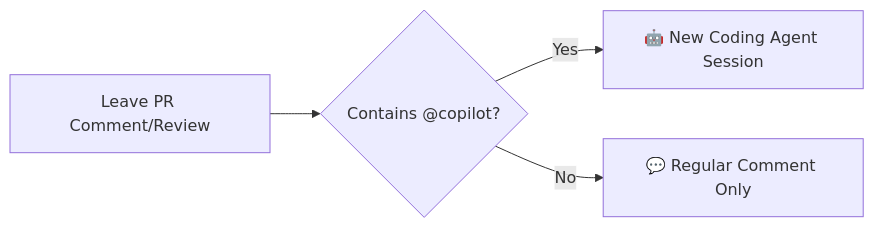
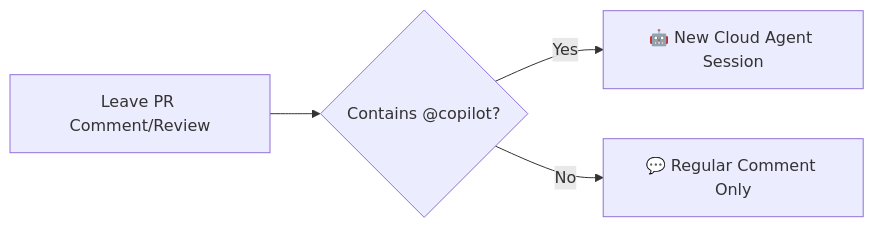
Before and after one commit to skills/expand-your-team-with-copilot: the diagram in .github/steps/2-collaborate.md, drawn with Mermaid. The commit also changed other lines of this file and 44 other files, not shown here.

Commit message:
feat: rename Copilot coding agent to cloud agent, update instructions, and screenshots (#97)

````diff
--- a/.github/steps/2-collaborate.md
+++ b/.github/steps/2-collaborate.md
@@ -42,6 +41,6 @@
 ```mermaid
 flowchart LR
     A[Leave PR Comment/Review] --> B{Contains @copilot?}
-    B -->|Yes| C[🤖 New Coding Agent Session]
+    B -->|Yes| C[🤖 New Cloud Agent Session]
     B -->|No| D[💬 Regular Comment Only]
 ```
````
